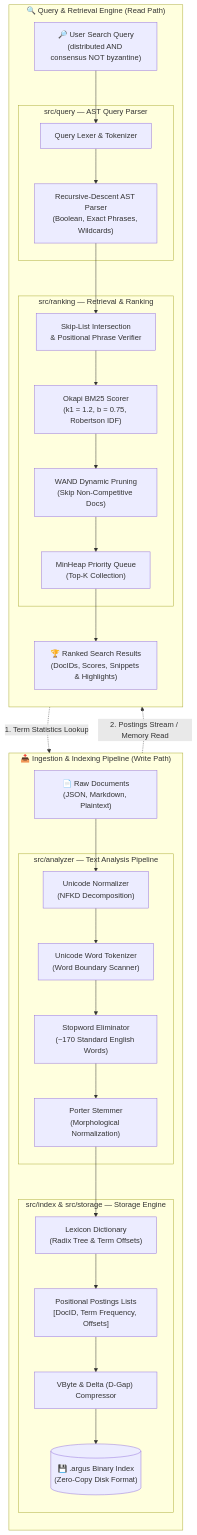
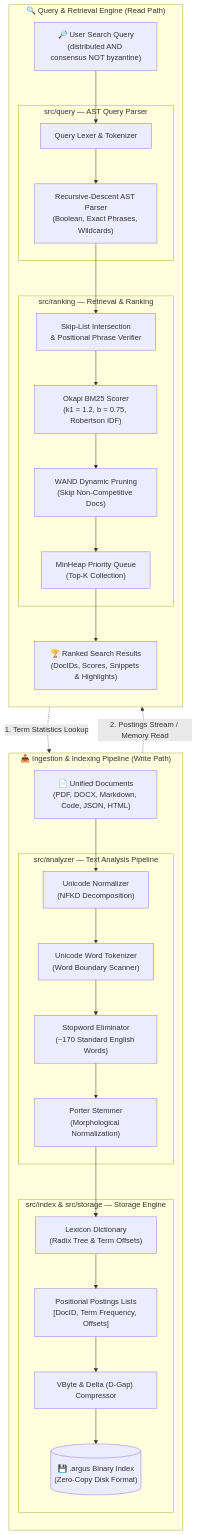
One commit to Krishnanand-10/Argus changed the diagram in README.md. Above: the diagram before and after it, drawn with Mermaid. The commit also changed other lines of this file and 1 other file, not shown here.

````diff
--- a/README.md
+++ b/README.md
@@ -31,59 +74,59 @@
 ```mermaid
 flowchart TB
     %% Ingestion / Write Path
     subgraph Ingestion ["📥 Ingestion & Indexing Pipeline (Write Path)"]
         direction TB
-        Docs["📄 Raw Documents<br/>(JSON, Markdown, Plaintext)"]
+        Docs["📄 Unified Documents<br/>(PDF, DOCX, Markdown, Code, JSON, HTML)"]
         
         subgraph Analyzer ["src/analyzer — Text Analysis Pipeline"]
             Norm["Unicode Normalizer<br/>(NFKD Decomposition)"]
             Token["Unicode Word Tokenizer<br/>(Word Boundary Scanner)"]
             Stop["Stopword Eliminator<br/>(~170 Standard English Words)"]
             Stem["Porter Stemmer<br/>(Morphological Normalization)"]
             Norm --> Token --> Stop --> Stem
         end
 
         subgraph Storage ["src/index & src/storage — Storage Engine"]
             Lexicon["Lexicon Dictionary<br/>(Radix Tree & Term Offsets)"]
             Postings["Positional Postings Lists<br/>[DocID, Term Frequency, Offsets]"]
             Codec["VByte & Delta (D-Gap) Compressor"]
             DiskFile[("💾 .argus Binary Index<br/>(Zero-Copy Disk Format)")]
             
             Lexicon --> Postings --> Codec --> DiskFile
         end
 
         Docs --> Norm
         Stem --> Lexicon
     end
 
     %% Query / Read Path
     subgraph QueryPath ["🔍 Query & Retrieval Engine (Read Path)"]
         direction TB
         UserQuery["🔎 User Search Query<br/>(distributed AND consensus NOT byzantine)"]
         
         subgraph Parser ["src/query — AST Query Parser"]
             QLex["Query Lexer & Tokenizer"]
             QAST["Recursive-Descent AST Parser<br/>(Boolean, Exact Phrases, Wildcards)"]
             QLex --> QAST
         end
 
         subgraph Scoring ["src/ranking — Retrieval & Ranking"]
             SkipIntersector["Skip-List Intersection<br/>& Positional Phrase Verifier"]
             BM25["Okapi BM25 Scorer<br/>(k1 = 1.2, b = 0.75, Robertson IDF)"]
             WAND["WAND Dynamic Pruning<br/>(Skip Non-Competitive Docs)"]
             TopK["MinHeap Priority Queue<br/>(Top-K Collection)"]
             
             SkipIntersector --> BM25 --> WAND --> TopK
         end
 
         Results["🏆 Ranked Search Results<br/>(DocIDs, Scores, Snippets & Highlights)"]
 
         UserQuery --> QLex
         QAST --> SkipIntersector
         TopK --> Results
     end
 
     %% Cross-Pipeline Connections
     QAST -.->|1. Term Statistics Lookup| Lexicon
     DiskFile -.->|2. Postings Stream / Memory Read| SkipIntersector
 ```
````
